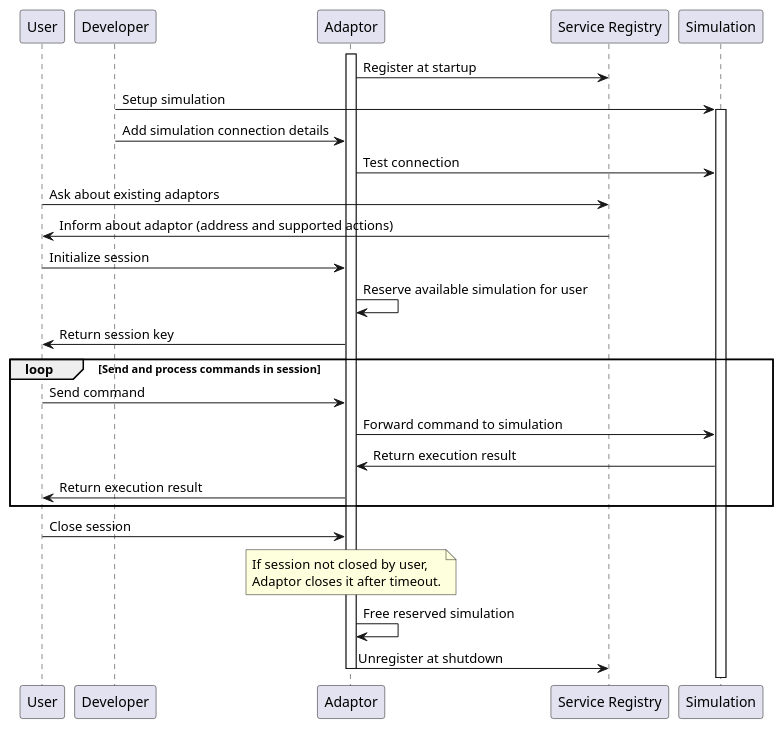
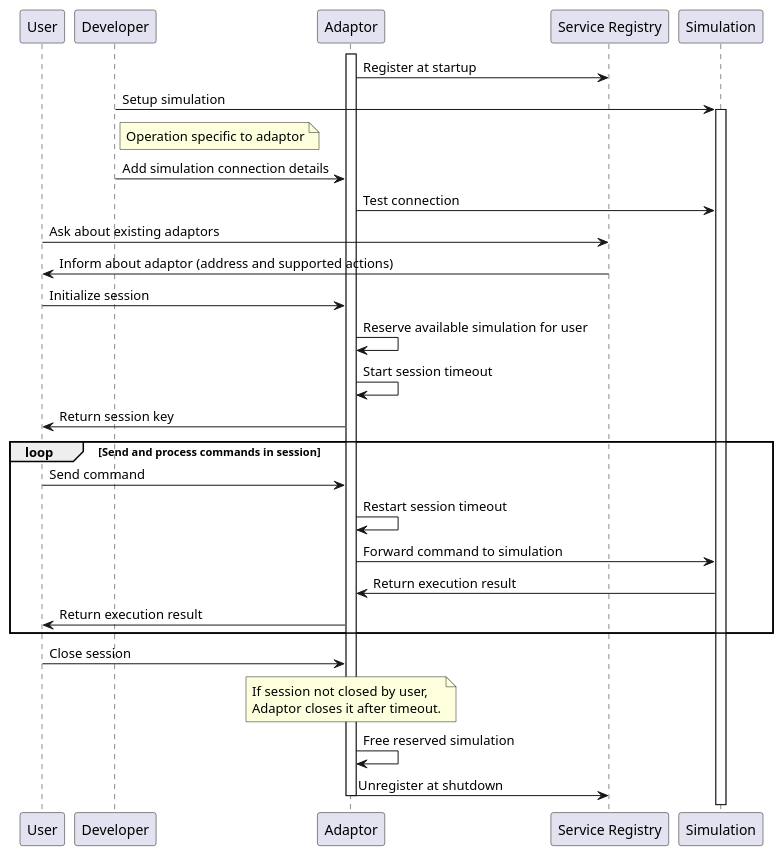
The diagram in use-cases/docs/adaptor-concept.puml (jku-swe-simcomp/project-management), drawn with PlantUML before and after one commit. The commit also changed 1 other file, not shown here.

Commit message:
diagram update

```diff
--- a/use-cases/docs/adaptor-concept.puml
+++ b/use-cases/docs/adaptor-concept.puml
@@ -1,33 +1,36 @@
 @startuml
 participant "User" as U
 participant "Developer" as D
 participant "Adaptor" as A
 participant "Service Registry" as SR
 participant "Simulation" as S
 
 activate A
 A -> SR: Register at startup
 D -> S: Setup simulation
 activate S
+note right of D: Operation specific to adaptor
 D -> A: Add simulation connection details
 A -> S: Test connection
 U -> SR: Ask about existing adaptors
 SR -> U: Inform about adaptor (address and supported actions)
 U -> A: Initialize session
 A -> A: Reserve available simulation for user
+A -> A: Start session timeout
 A -> U: Return session key
 loop Send and process commands in session
     U -> A: Send command
+	A -> A: Restart session timeout
     A -> S: Forward command to simulation
     S -> A: Return execution result
     A -> U: Return execution result
 end
 
 U -> A: Close session
 note over A: If session not closed by user, \nAdaptor closes it after timeout.
 A -> A: Free reserved simulation
 A -> SR: Unregister at shutdown
 deactivate A
 
 
 @enduml
```
